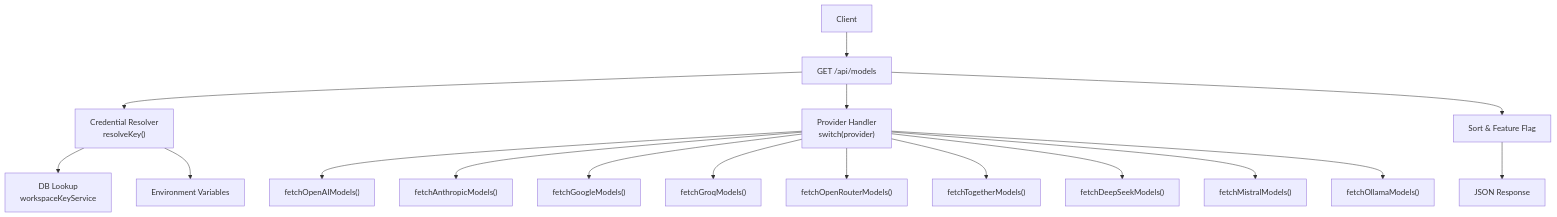
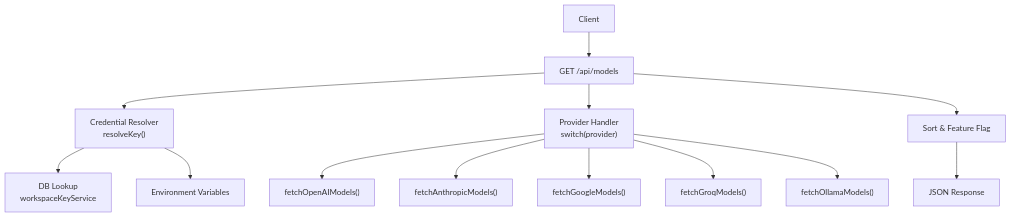
The first of 5 diagrams in .qoder/repowiki/en/content/Architecture & Design/Layered Architecture/API Layer/Models API.md (shekhargiri005-dotcom/AI-powered-accessibility-first-UI-engine), drawn with Mermaid before and after one commit. The commit also changed other lines of this file and 9 other files, not shown here.

````diff
--- a/.qoder/repowiki/en/content/Architecture & Design/Layered Architecture/API Layer/Models API.md
+++ b/.qoder/repowiki/en/content/Architecture & Design/Layered Architecture/API Layer/Models API.md
@@ -37,19 +43,15 @@
 ```mermaid
 graph TB
 Client["Client"] --> Route["GET /api/models"]
 Route --> Resolver["Credential Resolver<br/>resolveKey()"]
 Resolver --> DB["DB Lookup<br/>workspaceKeyService"]
 Resolver --> Env["Environment Variables"]
 Route --> Provider["Provider Handler<br/>switch(provider)"]
 Provider --> OpenAI["fetchOpenAIModels()"]
 Provider --> Anthropic["fetchAnthropicModels()"]
 Provider --> Google["fetchGoogleModels()"]
 Provider --> Groq["fetchGroqModels()"]
-Provider --> OpenRouter["fetchOpenRouterModels()"]
-Provider --> Together["fetchTogetherModels()"]
-Provider --> DeepSeek["fetchDeepSeekModels()"]
-Provider --> Mistral["fetchMistralModels()"]
 Provider --> Ollama["fetchOllamaModels()"]
 Route --> Sort["Sort & Feature Flag"]
 Sort --> Response["JSON Response"]
 ```
````
